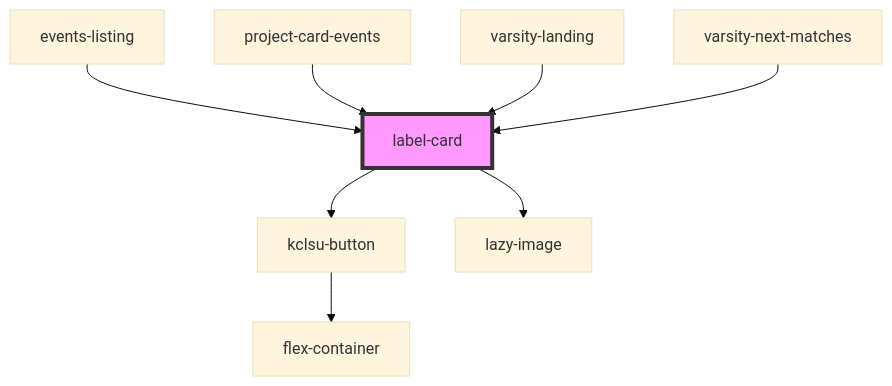
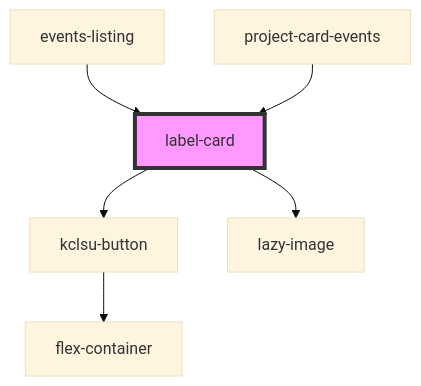
The diagram in src/components/cards/label-card/readme.md (dev-kylo/component_library), drawn with Mermaid (base theme) before and after one commit. The commit also changed other lines of this file and 8 other files, not shown here.

````diff
--- a/src/components/cards/label-card/readme.md
+++ b/src/components/cards/label-card/readme.md
@@ -40,11 +38,9 @@
 ```mermaid
 graph TD;
   label-card --> kclsu-button
   label-card --> lazy-image
   kclsu-button --> flex-container
   events-listing --> label-card
   project-card-events --> label-card
-  varsity-landing --> label-card
-  varsity-next-matches --> label-card
   style label-card fill:#f9f,stroke:#333,stroke-width:4px
 ```
````
